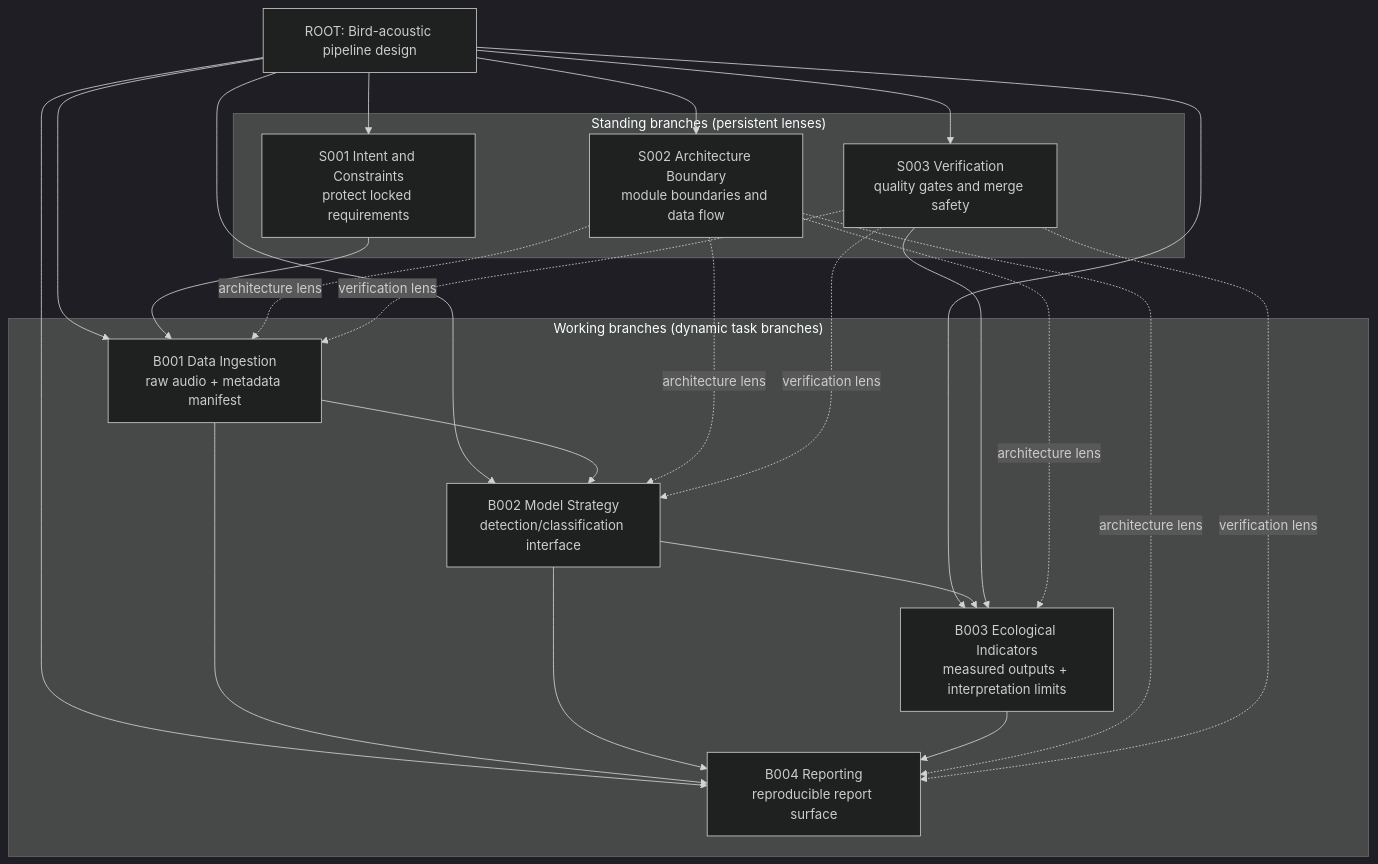
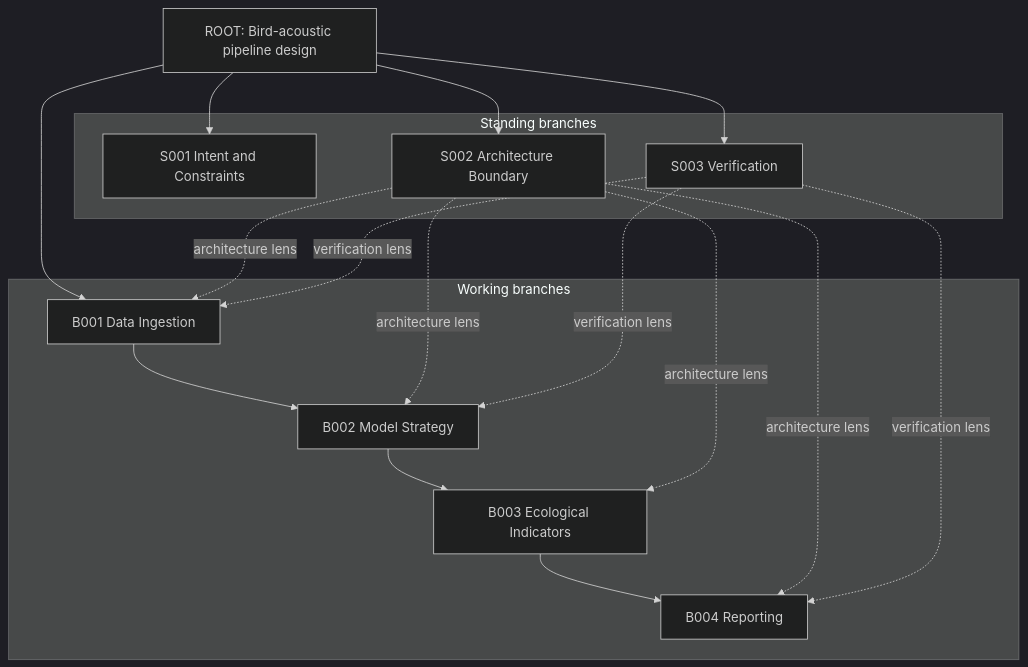
One commit to Fly-Carrot/BranchOS changed the first of 3 diagrams in docs/branchos_visual_report.md. Above: the diagram before and after it, drawn with Mermaid (dark theme). The commit also changed other lines of this file and 13 other files, not shown here.

````diff
--- a/docs/branchos_visual_report.md
+++ b/docs/branchos_visual_report.md
@@ -22,41 +22,29 @@
 ```mermaid
 flowchart TB
     ROOT["ROOT: Bird-acoustic pipeline design"]
 
-    subgraph Standing["Standing branches (persistent lenses)"]
-        S001["S001 Intent and Constraints<br/>protect locked requirements"]
-        S002["S002 Architecture Boundary<br/>module boundaries and data flow"]
-        S003["S003 Verification<br/>quality gates and merge safety"]
+    subgraph Standing["Standing branches"]
+        S001["S001 Intent and Constraints"]
+        S002["S002 Architecture Boundary"]
+        S003["S003 Verification"]
     end
 
-    subgraph Working["Working branches (dynamic task branches)"]
-        B001["B001 Data Ingestion<br/>raw audio + metadata manifest"]
-        B002["B002 Model Strategy<br/>detection/classification interface"]
-        B003["B003 Ecological Indicators<br/>measured outputs + interpretation limits"]
-        B004["B004 Reporting<br/>reproducible report surface"]
+    subgraph Working["Working branches"]
+        B001["B001 Data Ingestion"]
+        B002["B002 Model Strategy"]
+        B003["B003 Ecological Indicators"]
+        B004["B004 Reporting"]
     end
 
     ROOT --> S001
     ROOT --> S002
     ROOT --> S003
-    ROOT --> B001
-    ROOT --> B002
-    ROOT --> B003
-    ROOT --> B004
-
-    S001 --> B001
-    B001 --> B002
-    B002 --> B003
-    S003 --> B003
-    B001 --> B004
-    B002 --> B004
-    B003 --> B004
-
-    S002 -. "architecture lens" .-> B001
-    S002 -. "architecture lens" .-> B002
-    S002 -. "architecture lens" .-> B003
-    S002 -. "architecture lens" .-> B004
-    S003 -. "verification lens" .-> B001
-    S003 -. "verification lens" .-> B002
-    S003 -. "verification lens" .-> B004
+    ROOT --> B001 --> B002 --> B003 --> B004
+    S002 -. architecture lens .-> B001
+    S002 -. architecture lens .-> B002
+    S002 -. architecture lens .-> B003
+    S002 -. architecture lens .-> B004
+    S003 -. verification lens .-> B001
+    S003 -. verification lens .-> B002
+    S003 -. verification lens .-> B004
 ```
````
